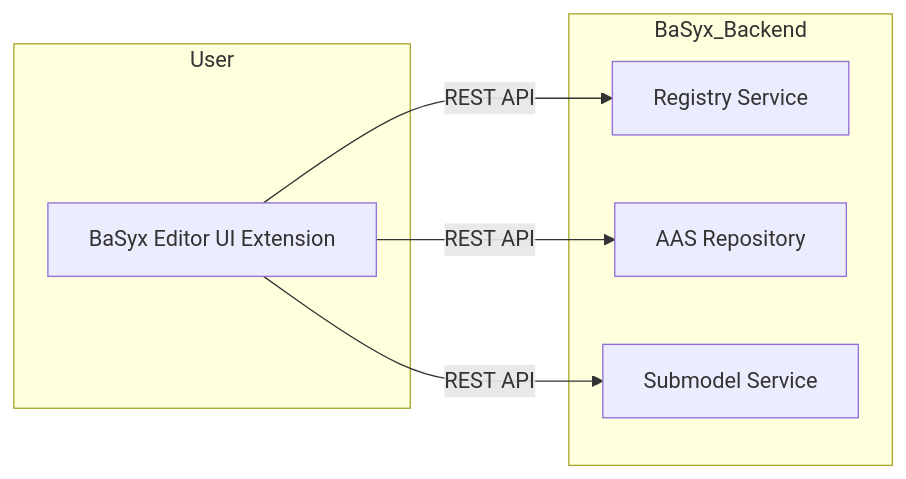
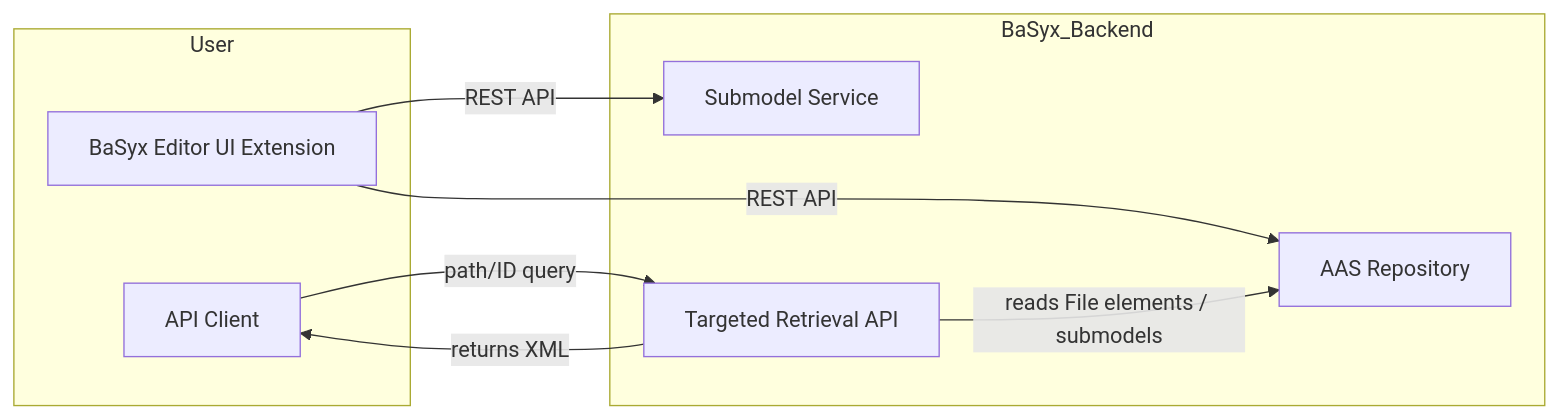
One commit to DHBW-TINF24F/Team3-Basyx-Editor changed the first of 2 diagrams in PROJECT/TINF24F_3_SAS.md. Above: the diagram before and after it, drawn with Mermaid. The commit also changed other lines of this file, not shown here.

Commit message:
Update Software Architecture Specification document

````diff
--- a/PROJECT/TINF24F_3_SAS.md
+++ b/PROJECT/TINF24F_3_SAS.md
@@ -75,16 +80,21 @@
 ```mermaid
 graph LR
+  
   subgraph User
+    API[API Client]
     UI[BaSyx Editor UI Extension]
   end
 
   subgraph BaSyx_Backend
-    REG[Registry Service]
-    REP[AAS Repository]
+    AAS[AAS Repository]
     SUB[Submodel Service]
+    QUERY[Targeted Retrieval API]
   end
 
-  UI --REST API--> REG
-  UI --REST API--> REP
-  UI --REST API--> SUB
+  UI -- REST API --> AAS
+  UI -- REST API --> SUB
+  API -- path/ID query --> QUERY
+  QUERY -- reads File elements / submodels --> AAS
+  QUERY -- returns XML --> API
+
 ```
````
